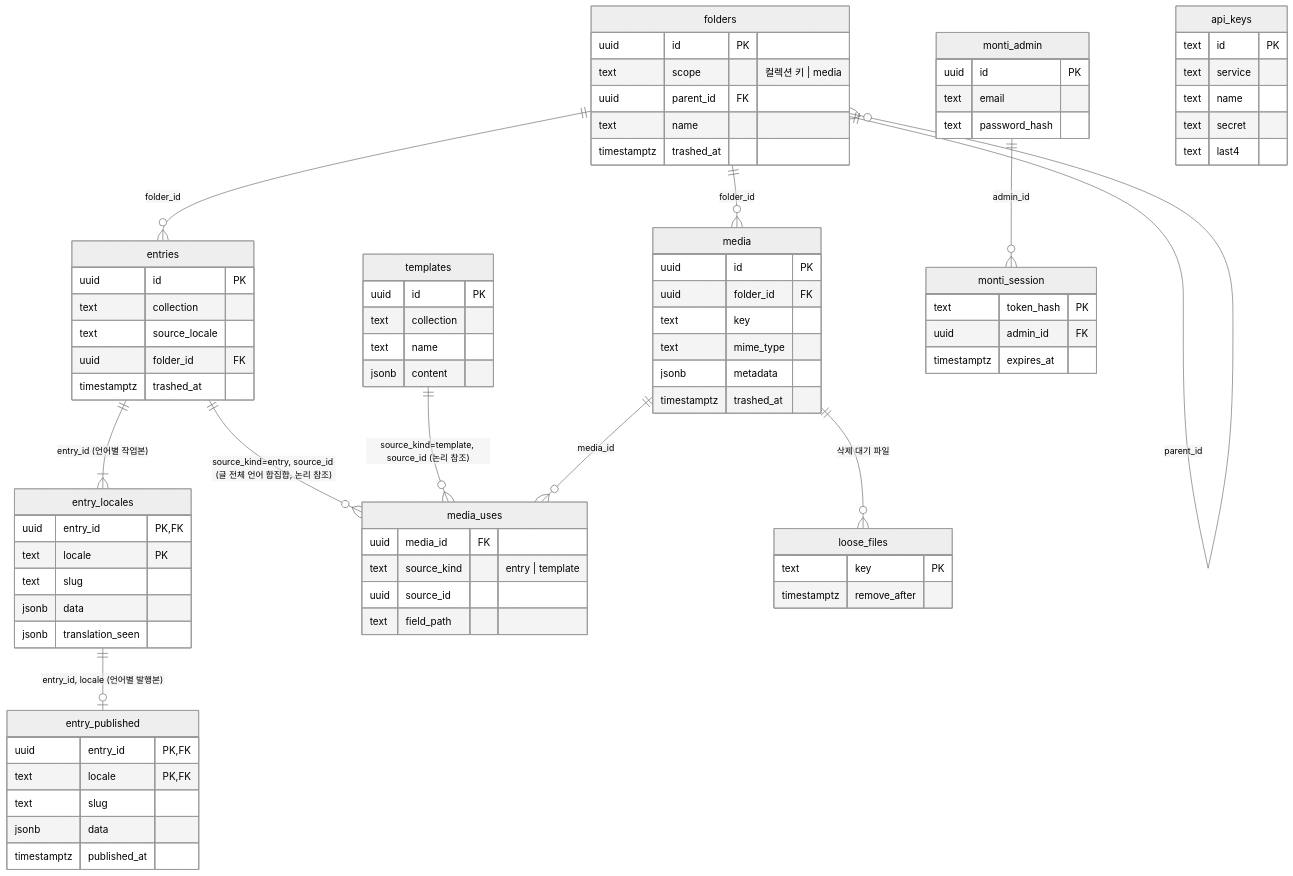
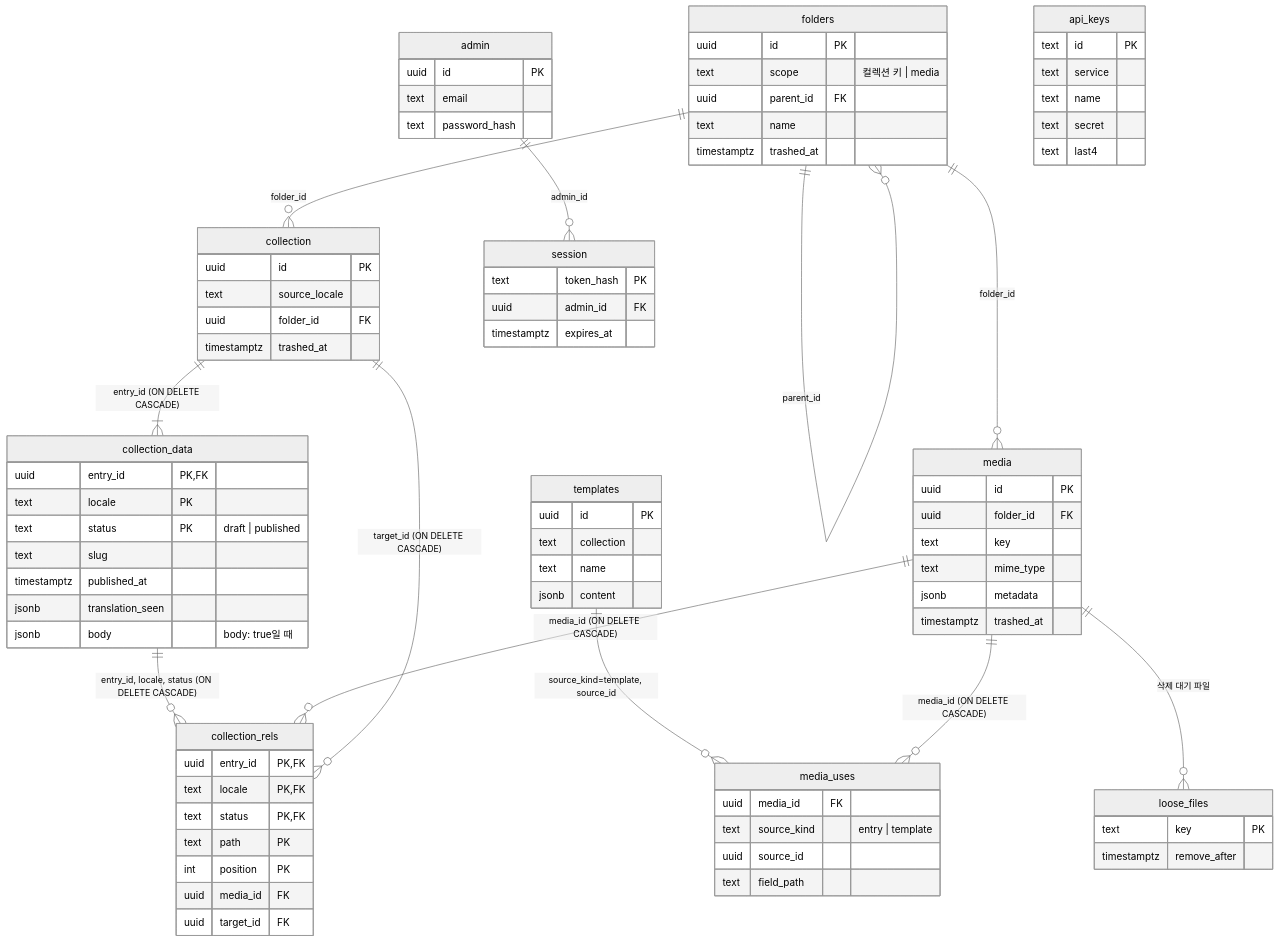
One commit to monti-cms/monti changed the second of 2 diagrams in docs/refactor/core.md. Above: the diagram before and after it, drawn with Mermaid (neutral theme). The commit also changed other lines of this file and 13 other files, not shown here.

````diff
--- a/docs/refactor/core.md
+++ b/docs/refactor/core.md
@@ -273,41 +198,45 @@
 ```mermaid
 erDiagram
   folders ||--o{ folders : "parent_id"
-  folders ||--o{ entries : "folder_id"
+  folders ||--o{ collection : "folder_id"
   folders ||--o{ media : "folder_id"
 
-  entries ||--|{ entry_locales : "entry_id (언어별 작업본)"
-  entry_locales ||--o| entry_published : "entry_id, locale (언어별 발행본)"
-  entries ||--o{ media_uses : "source_kind=entry, source_id (글 전체 언어 합집합, 논리 참조)"
+  collection ||--|{ collection_data : "entry_id (ON DELETE CASCADE)"
+  collection_data ||--o{ collection_rels : "entry_id, locale, status (ON DELETE CASCADE)"
+  media ||--o{ collection_rels : "media_id (ON DELETE CASCADE)"
+  collection ||--o{ collection_rels : "target_id (ON DELETE CASCADE)"
 
-  templates ||--o{ media_uses : "source_kind=template, source_id (논리 참조)"
-  media ||--o{ media_uses : "media_id"
+  templates ||--o{ media_uses : "source_kind=template, source_id"
+  media ||--o{ media_uses : "media_id (ON DELETE CASCADE)"
   media ||--o{ loose_files : "삭제 대기 파일"
 
-  monti_admin ||--o{ monti_session : "admin_id"
+  admin ||--o{ session : "admin_id"
 
-  entries {
+  collection {
     uuid id PK
-    text collection
     text source_locale
     uuid folder_id FK
     timestamptz trashed_at
   }
 
-  entry_locales {
+  collection_data {
     uuid entry_id PK,FK
     text locale PK
+    text status PK "draft | published"
     text slug
-    jsonb data
+    timestamptz published_at
     jsonb translation_seen
+    jsonb body "body: true일 때"
   }
 
-  entry_published {
+  collection_rels {
     uuid entry_id PK,FK
     text locale PK,FK
-    text slug
-    jsonb data
-    timestamptz published_at
+    text status PK,FK
+    text path PK
+    int position PK
+    uuid media_id FK
+    uuid target_id FK
   }
 
   templates {
@@ -346,13 +275,13 @@
     timestamptz remove_after
   }
 
-  monti_admin {
+  admin {
     uuid id PK
     text email
     text password_hash
   }
 
-  monti_session {
+  session {
     text token_hash PK
     uuid admin_id FK
     timestamptz expires_at
````
